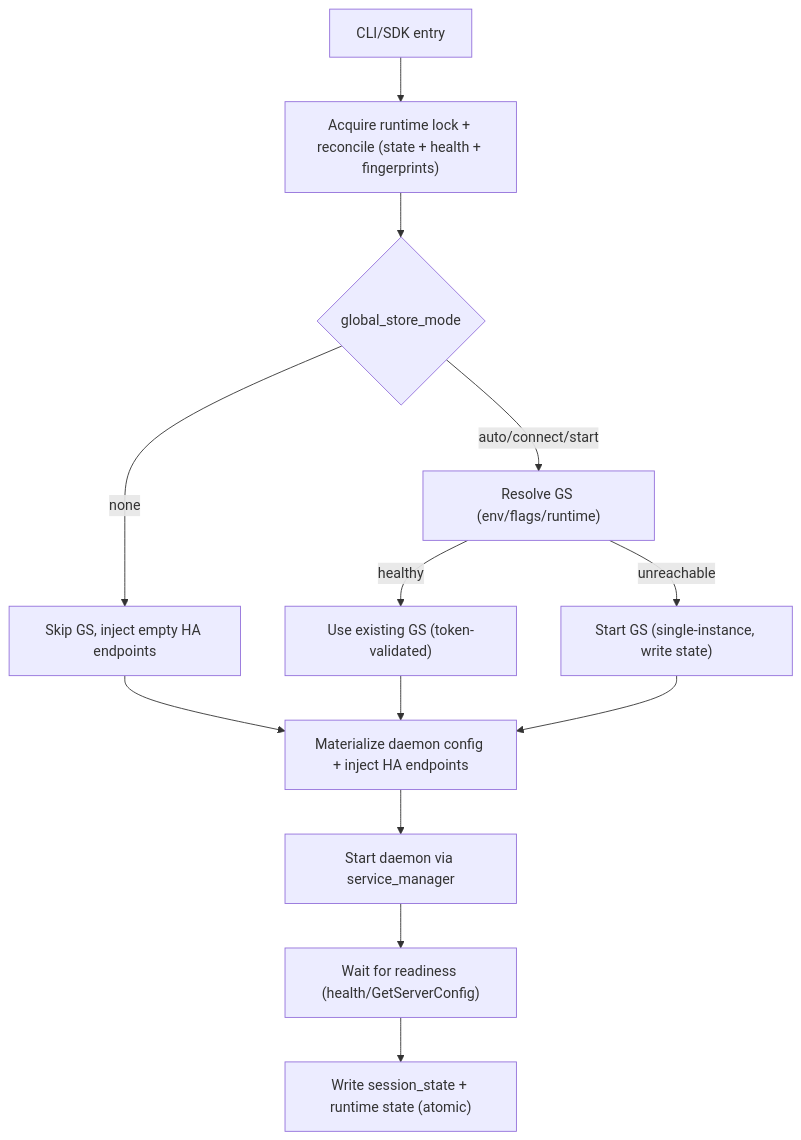
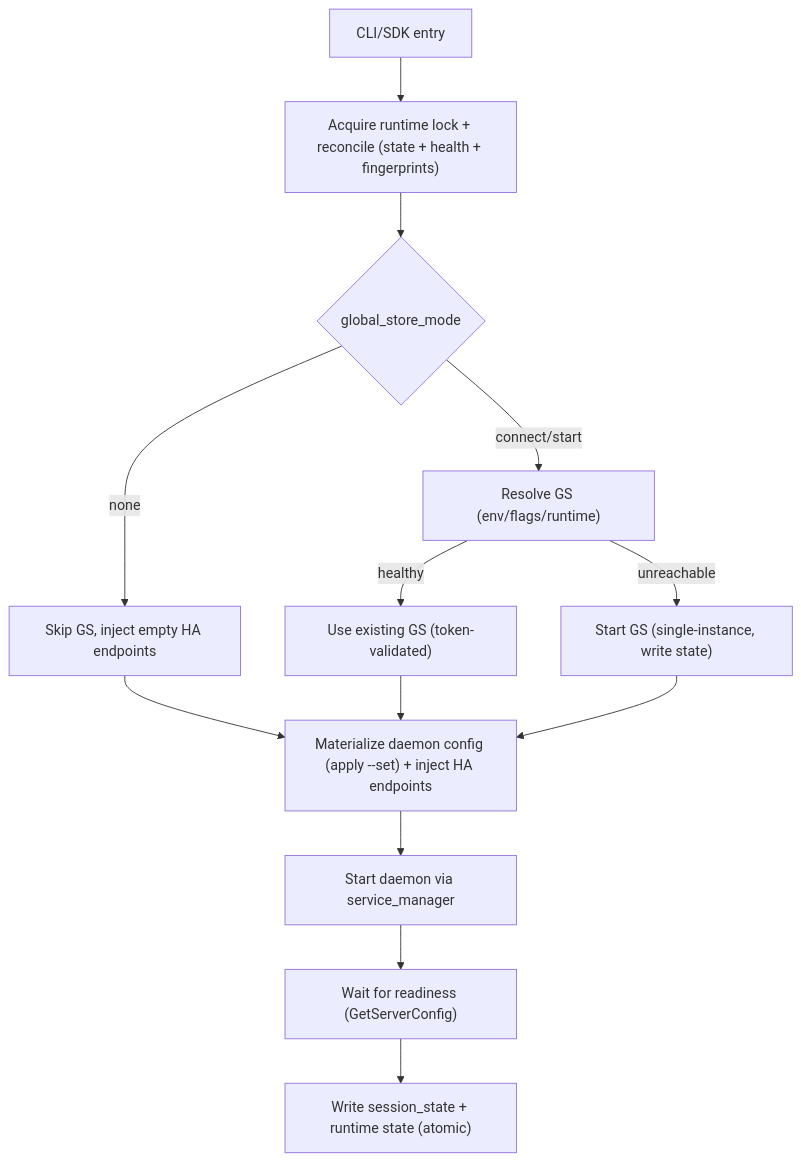
The diagram in docs/designs/0040-unified-cli-runtime.md (tensorcast-ai/tensorcast), drawn with Mermaid before and after one commit. The commit also changed other lines of this file and 55 other files, not shown here.

````diff
--- a/docs/designs/0040-unified-cli-runtime.md
+++ b/docs/designs/0040-unified-cli-runtime.md
@@ -185,15 +193,15 @@
 ```mermaid
 flowchart TD
     A["CLI/SDK entry"] --> B["Acquire runtime lock + reconcile (state + health + fingerprints)"]
     B --> C{"global_store_mode"}
     C -->|none| D["Skip GS, inject empty HA endpoints"]
-    C -->|auto/connect/start| E["Resolve GS (env/flags/runtime)"]
+    C -->|connect/start| E["Resolve GS (env/flags/runtime)"]
     E -->|healthy| F["Use existing GS (token-validated)"]
     E -->|unreachable| G["Start GS (single-instance, write state)"]
-    D --> H["Materialize daemon config + inject HA endpoints"]
+    D --> H["Materialize daemon config (apply --set) + inject HA endpoints"]
     F --> H
     G --> H
     H --> I["Start daemon via service_manager"]
-    I --> J["Wait for readiness (health/GetServerConfig)"]
+    I --> J["Wait for readiness (GetServerConfig)"]
     J --> K["Write session_state + runtime state (atomic)"]
 ```
````
